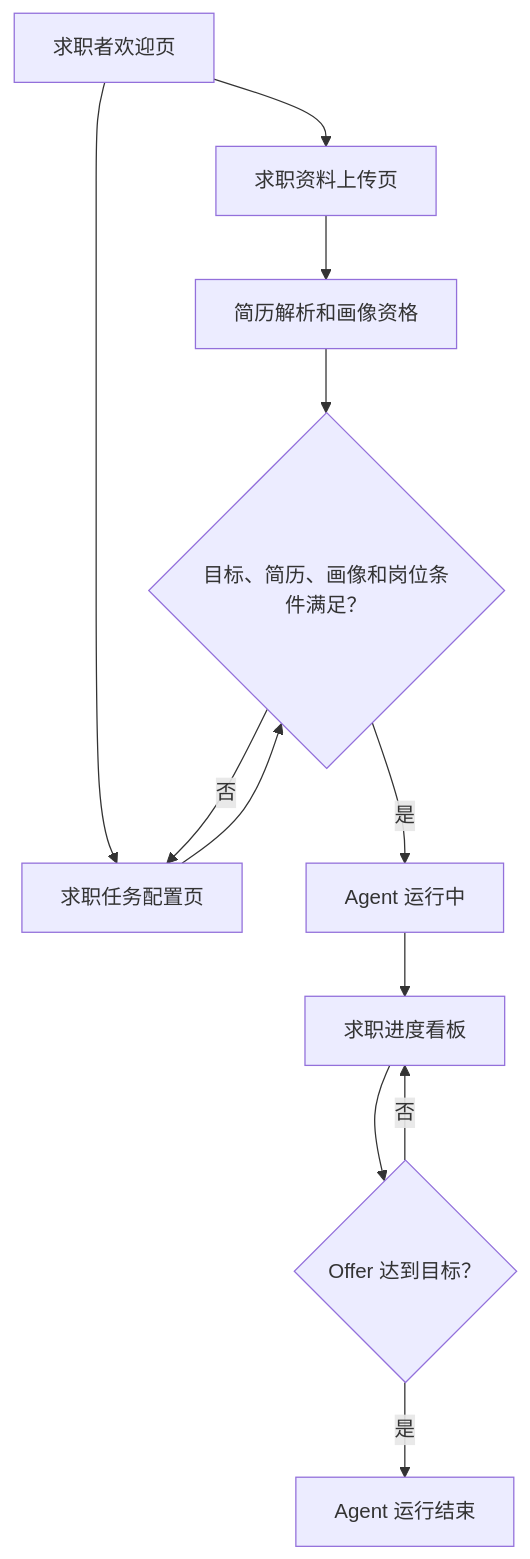
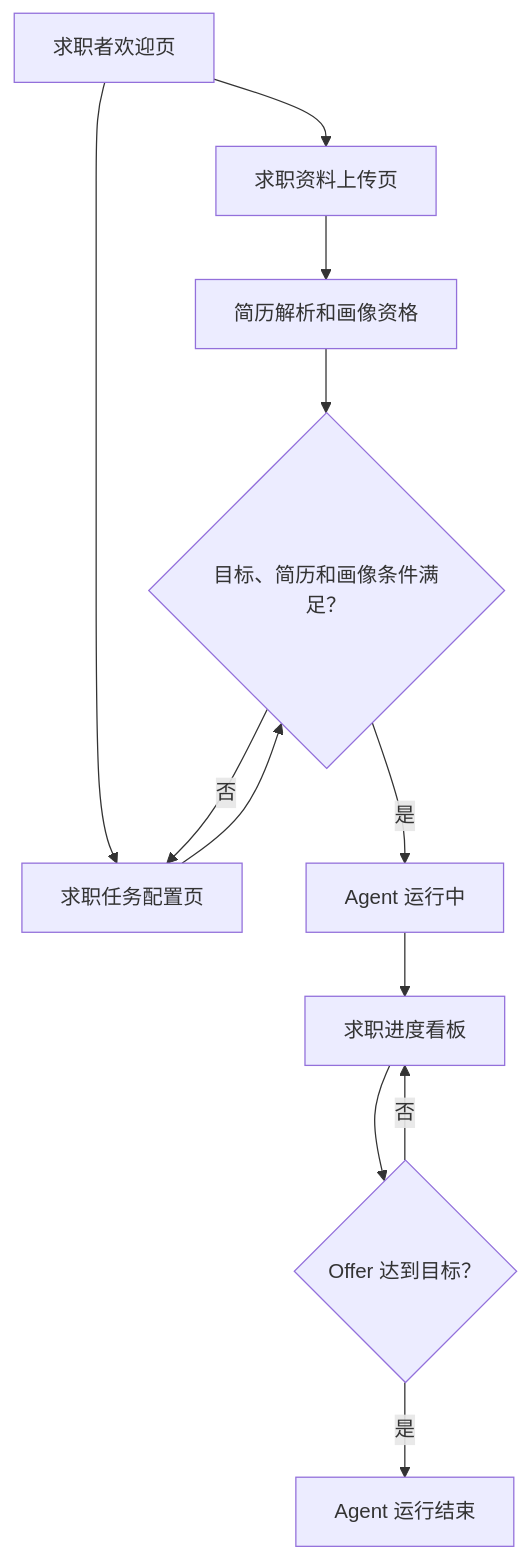
The second of 3 diagrams in careerpass-frontend/docs/product/frontend-product-flow.md (mingyuexinc/Careerpass), drawn with Mermaid before and after one commit. The commit also changed other lines of this file and 29 other files, not shown here.

````diff
--- a/careerpass-frontend/docs/product/frontend-product-flow.md
+++ b/careerpass-frontend/docs/product/frontend-product-flow.md
@@ -214,14 +219,14 @@
 ```mermaid
 flowchart TD
     A["求职者欢迎页"] --> B["求职资料上传页"]
     A --> D["求职任务配置页"]
     B --> C["简历解析和画像资格"]
-    C --> E{"目标、简历、画像和岗位条件满足？"}
+    C --> E{"目标、简历和画像条件满足？"}
     D --> E
     E -- "否" --> D
     E -- "是" --> F["Agent 运行中"]
     F --> G["求职进度看板"]
     G --> H{"Offer 达到目标？"}
     H -- "否" --> G
     H -- "是" --> I["Agent 运行结束"]
 ```
````
